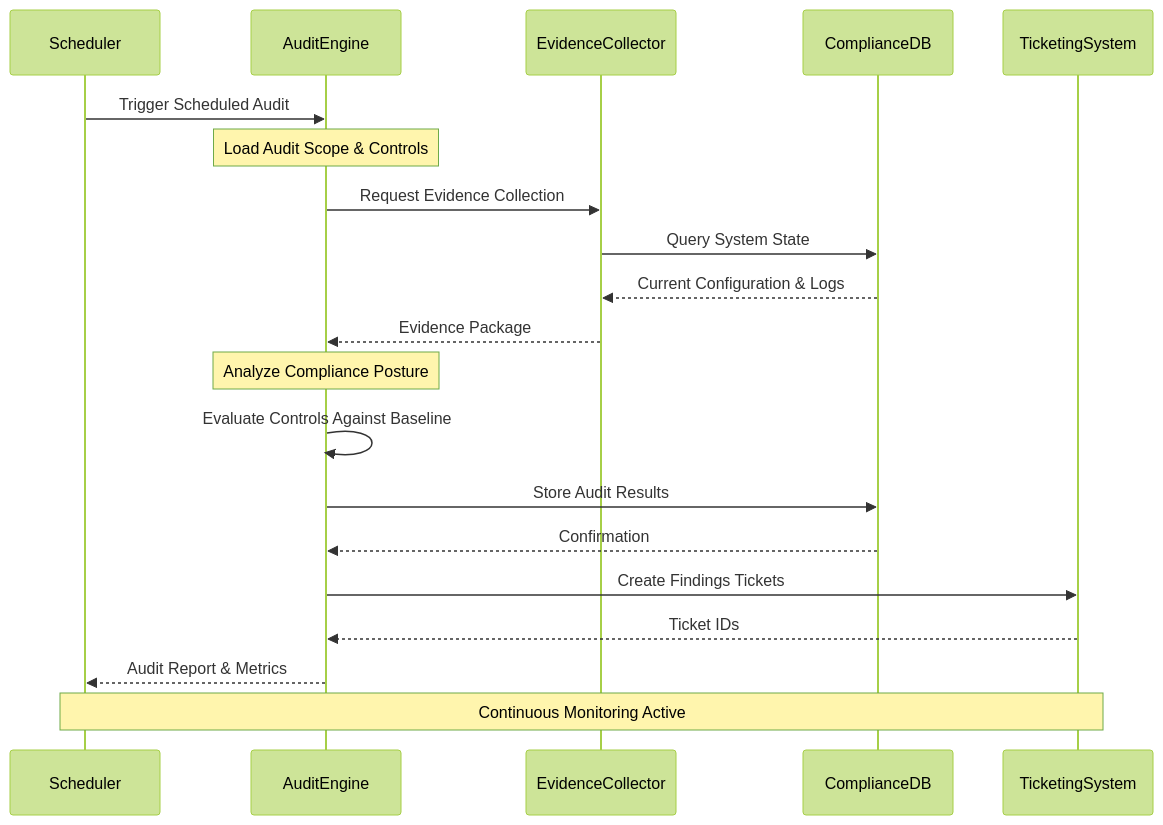
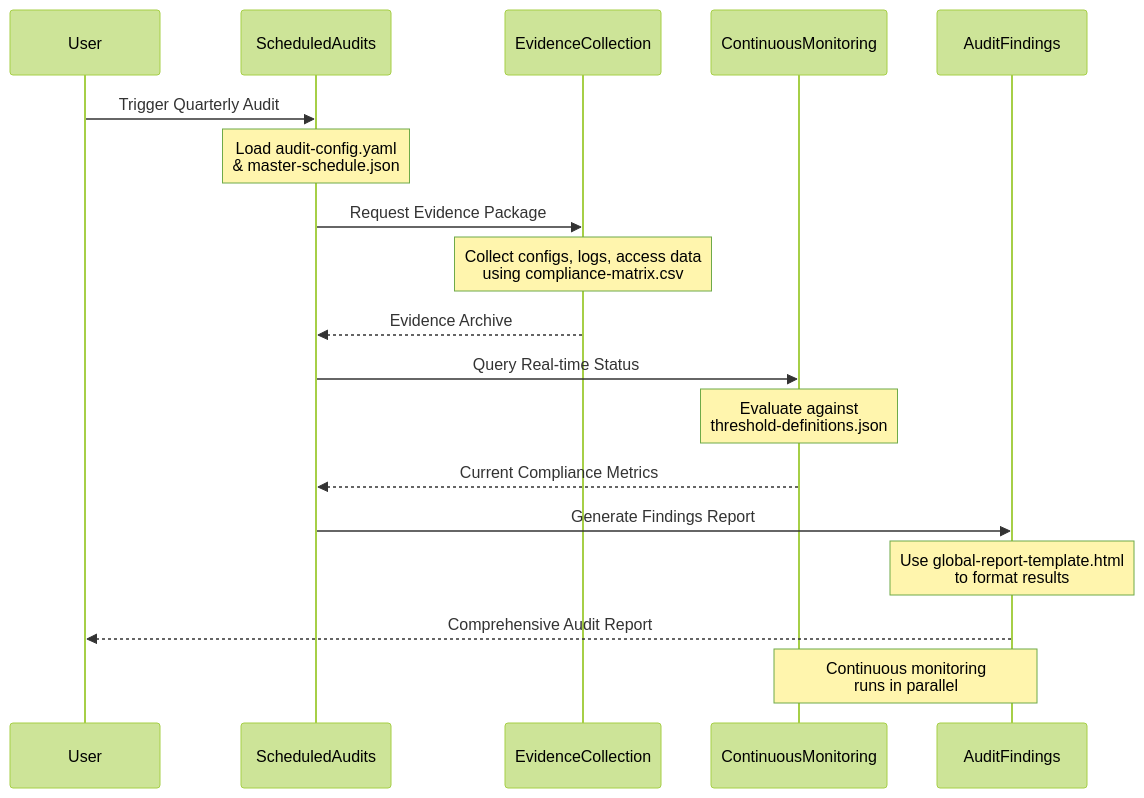
The third of 3 diagrams in security-compliance/audit-automation/README.md (Suren-Jewels/Scripts-Toolkit), drawn with Mermaid (forest theme) before and after one commit. The commit also changed other lines of this file, not shown here.

````diff
--- a/security-compliance/audit-automation/README.md
+++ b/security-compliance/audit-automation/README.md
@@ -187,29 +351,25 @@
 ```mermaid
 sequenceDiagram
-    participant Scheduler
-    participant AuditEngine
-    participant EvidenceCollector
-    participant ComplianceDB
-    participant TicketingSystem
+    participant User
+    participant ScheduledAudits
+    participant EvidenceCollection
+    participant ContinuousMonitoring
+    participant AuditFindings
     
-    Scheduler->>AuditEngine: Trigger Scheduled Audit
-    Note over AuditEngine: Load Audit Scope & Controls
-    AuditEngine->>EvidenceCollector: Request Evidence Collection
-    EvidenceCollector->>ComplianceDB: Query System State
-    ComplianceDB-->>EvidenceCollector: Current Configuration & Logs
-    EvidenceCollector-->>AuditEngine: Evidence Package
+    User->>ScheduledAudits: Trigger Quarterly Audit
+    Note over ScheduledAudits: Load audit-config.yaml<br/>& master-schedule.json
     
-    Note over AuditEngine: Analyze Compliance Posture
+    ScheduledAudits->>EvidenceCollection: Request Evidence Package
+    Note over EvidenceCollection: Collect configs, logs, access data<br/>using compliance-matrix.csv
+    EvidenceCollection-->>ScheduledAudits: Evidence Archive
     
-    AuditEngine->>AuditEngine: Evaluate Controls Against Baseline
+    ScheduledAudits->>ContinuousMonitoring: Query Real-time Status
+    Note over ContinuousMonitoring: Evaluate against<br/>threshold-definitions.json
+    ContinuousMonitoring-->>ScheduledAudits: Current Compliance Metrics
     
-    AuditEngine->>ComplianceDB: Store Audit Results
-    ComplianceDB-->>AuditEngine: Confirmation
+    ScheduledAudits->>AuditFindings: Generate Findings Report
+    Note over AuditFindings: Use global-report-template.html<br/>to format results
+    AuditFindings-->>User: Comprehensive Audit Report
     
-    AuditEngine->>TicketingSystem: Create Findings Tickets
-    TicketingSystem-->>AuditEngine: Ticket IDs
-    
-    AuditEngine-->>Scheduler: Audit Report & Metrics
-    
-    Note over Scheduler,TicketingSystem: Continuous Monitoring Active
+    Note over ContinuousMonitoring,AuditFindings: Continuous monitoring<br/>runs in parallel
 ```
````
